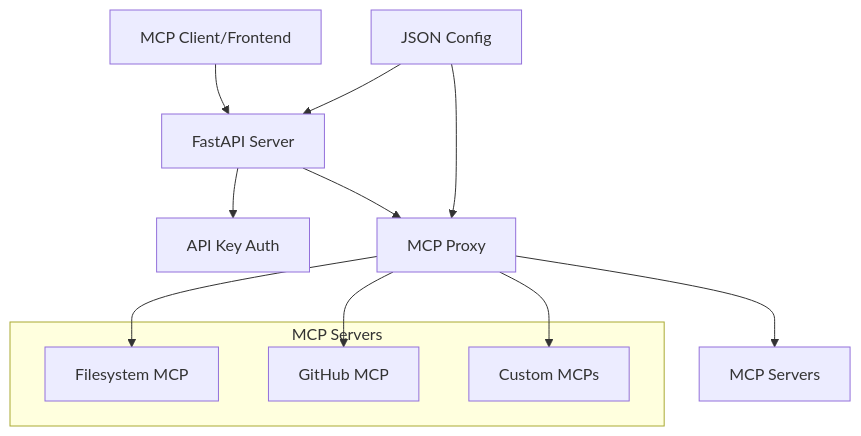
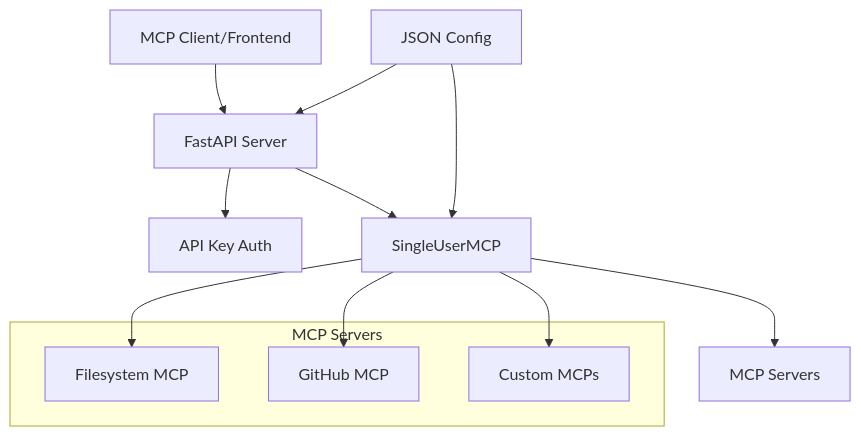
The first of 3 diagrams in docs/development/development_guide.md (Edison-Watch/open-edison), drawn with Mermaid before and after one commit. The commit also changed other lines of this file and 12 other files, not shown here.

````diff
--- a/docs/development/development_guide.md
+++ b/docs/development/development_guide.md
@@ -22,19 +22,19 @@
 ```mermaid
 graph TB
     Client[MCP Client/Frontend] --> API[FastAPI Server]
     API --> Auth[API Key Auth]
-    API --> Proxy[MCP Proxy]
-    Proxy --> Servers[MCP Servers]
+    API --> MCP[SingleUserMCP]
+    MCP --> Servers[MCP Servers]
     Config[JSON Config] --> API
-    Config --> Proxy
+    Config --> MCP
     
     subgraph "MCP Servers"
         FS[Filesystem MCP]
         GH[GitHub MCP]
         Custom[Custom MCPs]
     end
     
-    Proxy --> FS
-    Proxy --> GH
-    Proxy --> Custom
+    MCP --> FS
+    MCP --> GH
+    MCP --> Custom
 ```
````
